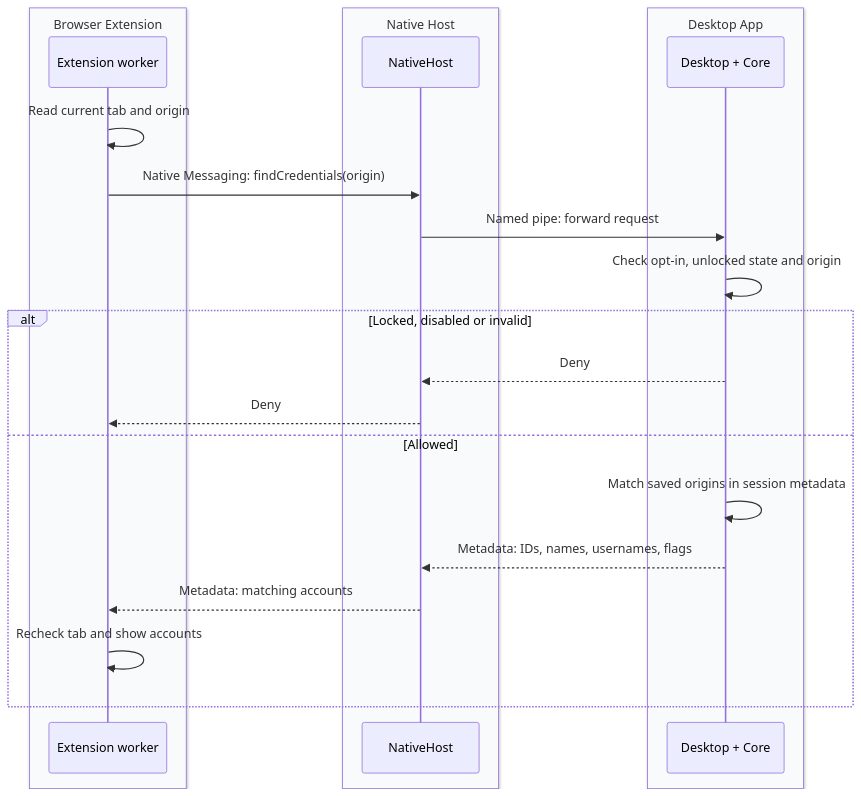
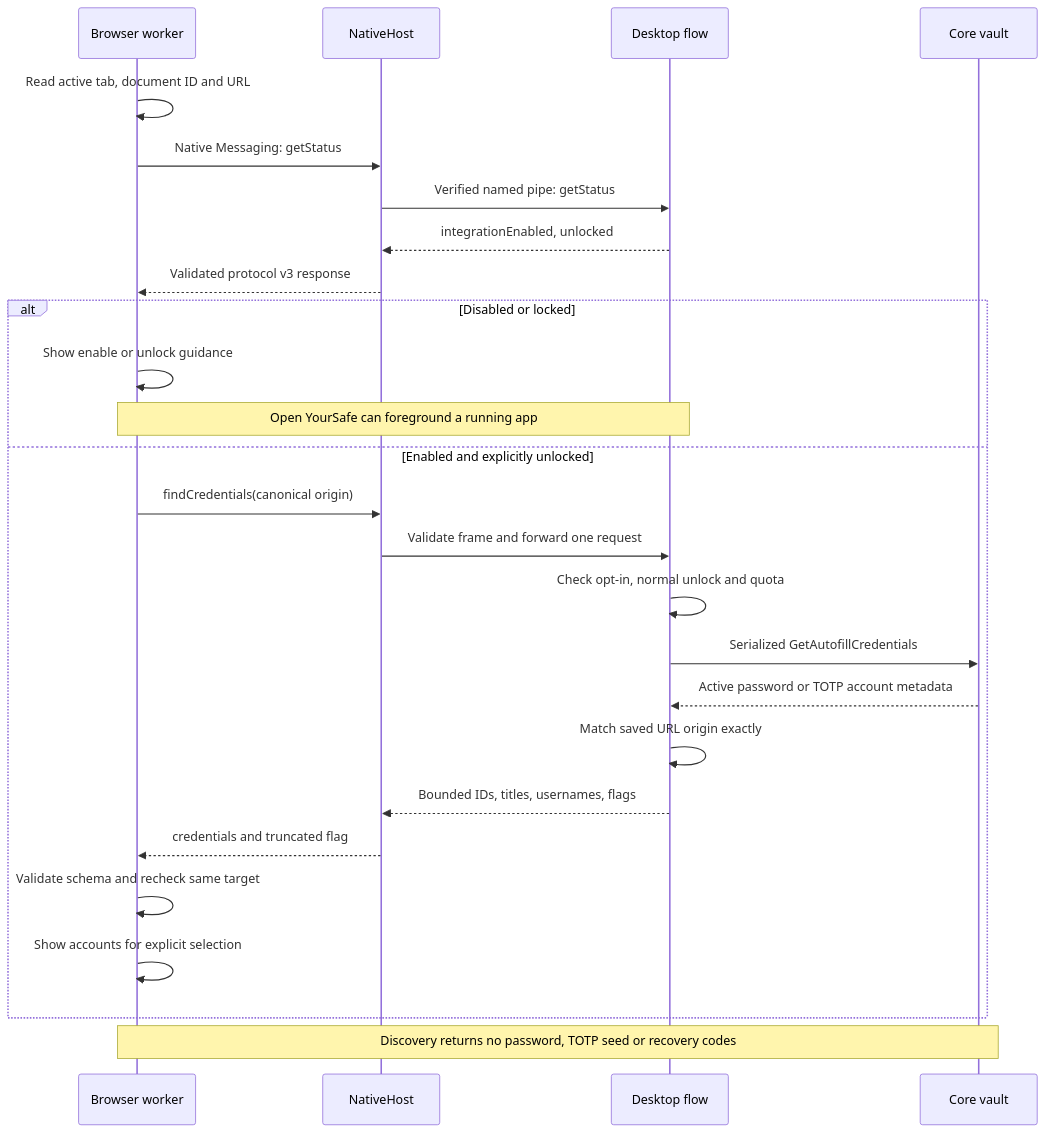
The diagram in docs/diagrams/browser-discovery.mmd (Lmnhutw/YourSafe), drawn with Mermaid before and after one commit. The commit also changed 47 other files, not shown here.

```diff
--- a/docs/diagrams/browser-discovery.mmd
+++ b/docs/diagrams/browser-discovery.mmd
@@ -1,25 +1,28 @@
 sequenceDiagram
-    accTitle: Discover matching accounts
-    accDescr: Discovery crosses Browser Extension, Native Host and Desktop App boundaries. Integration opt-in permits matching account metadata without per-request approval; no plaintext password or TOTP seed is returned.
-    box rgb(248,250,252) Browser Extension
-        participant worker as Extension worker
+    accTitle: Discover accounts without releasing secrets
+    accDescr: The worker derives the active top-level document and checks desktop status before discovery. NativeHost validates protocol v3 and relays over a verified Windows pipe. Integration opt-in, an explicitly unlocked vault, origin policy and quotas gate metadata. The worker validates the response and rechecks its target before showing accounts.
+    participant W as Browser worker
+    participant H as NativeHost
+    participant A as Desktop flow
+    participant C as Core vault
+    W->>W: Read active tab, document ID and URL
+    W->>H: Native Messaging: getStatus
+    H->>A: Verified named pipe: getStatus
+    A-->>H: integrationEnabled, unlocked
+    H-->>W: Validated protocol v3 response
+    alt Disabled or locked
+        W->>W: Show enable or unlock guidance
+        Note over W,A: Open YourSafe can foreground a running app
+    else Enabled and explicitly unlocked
+        W->>H: findCredentials(canonical origin)
+        H->>A: Validate frame and forward one request
+        A->>A: Check opt-in, normal unlock and quota
+        A->>C: Serialized GetAutofillCredentials
+        C-->>A: Active password or TOTP account metadata
+        A->>A: Match saved URL origin exactly
+        A-->>H: Bounded IDs, titles, usernames, flags
+        H-->>W: credentials and truncated flag
+        W->>W: Validate schema and recheck same target
+        W->>W: Show accounts for explicit selection
     end
-    box rgb(248,250,252) Native Host
-        participant host as NativeHost
-    end
-    box rgb(248,250,252) Desktop App
-        participant app as Desktop + Core
-    end
-    worker->>worker: Read current tab and origin
-    worker->>host: Native Messaging: findCredentials(origin)
-    host->>app: Named pipe: forward request
-    app->>app: Check opt-in, unlocked state and origin
-    alt Locked, disabled or invalid
-        app-->>host: Deny
-        host-->>worker: Deny
-    else Allowed
-        app->>app: Match saved origins in session metadata
-        app-->>host: Metadata: IDs, names, usernames, flags
-        host-->>worker: Metadata: matching accounts
-        worker->>worker: Recheck tab and show accounts
-    end
+    Note over W,C: Discovery returns no password, TOTP seed or recovery codes
```
